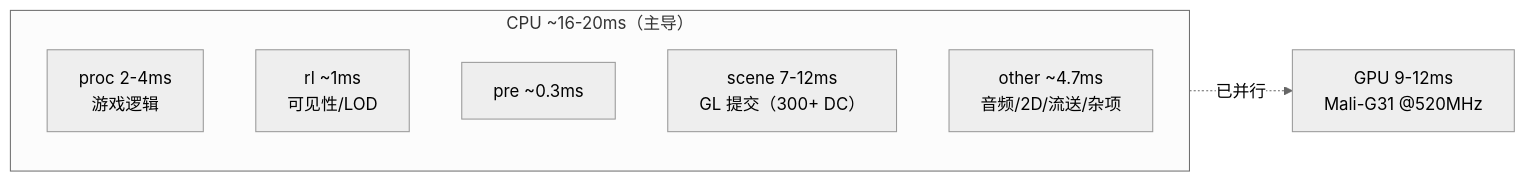
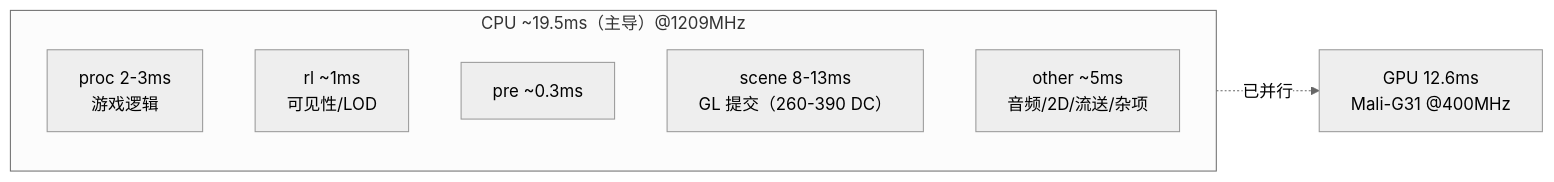
One commit to FASTSHIFT/re3-sdl changed the fourth of 5 diagrams in docs/03-性能优化首战复盘-2026-09-27.md. Above: the diagram before and after it, drawn with Mermaid (neutral theme). The commit also changed other lines of this file, not shown here.

````diff
--- a/docs/03-性能优化首战复盘-2026-09-27.md
+++ b/docs/03-性能优化首战复盘-2026-09-27.md
@@ -114,12 +119,12 @@
 ```mermaid
 graph LR
-    subgraph CPU["CPU ~16-20ms（主导）"]
-        P["proc 2-4ms<br/>游戏逻辑"]
+    subgraph CPU["CPU ~19.5ms（主导）@1209MHz"]
+        P["proc 2-3ms<br/>游戏逻辑"]
         RL["rl ~1ms<br/>可见性/LOD"]
         PRE["pre ~0.3ms"]
-        SC["scene 7-12ms<br/>GL 提交（300+ DC）"]
-        OT["other ~4.7ms<br/>音频/2D/流送/杂项"]
+        SC["scene 8-13ms<br/>GL 提交（260-390 DC）"]
+        OT["other ~5ms<br/>音频/2D/流送/杂项"]
     end
-    GPU["GPU 9-12ms<br/>Mali-G31 @520MHz"]
+    GPU["GPU 12.6ms<br/>Mali-G31 @400MHz"]
     CPU -. "已并行" .-> GPU
 ```
````
